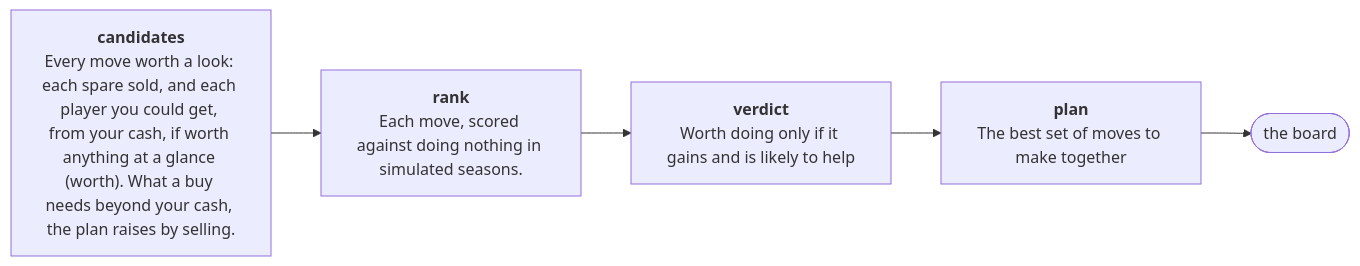
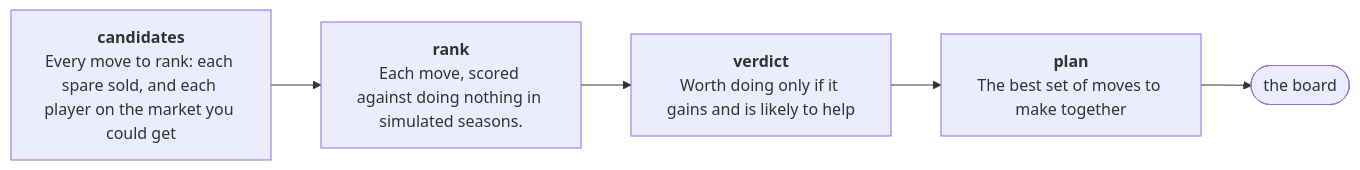
Before and after one commit to OrsM/liga_five_guys: the diagram in docs/funnel.mmd, drawn with Mermaid. The commit also changed 6 other files, not shown here.

First line of the commit message:
Rank every market buy: no at-a-glance filter beside the simulation

```diff
--- a/docs/funnel.mmd
+++ b/docs/funnel.mmd
@@ -1,9 +1,9 @@
 flowchart LR
-    s0["<b>candidates</b><br/>Every move worth a look: each spare sold, and each player you could get, from your cash, if worth anything at a glance (worth). What a buy needs beyond your cash, the plan raises by selling."]
+    s0["<b>candidates</b><br/>Every move to rank: each spare sold, and each player on the market you could get"]
     s1["<b>rank</b><br/>Each move, scored against doing nothing in simulated seasons."]
     s0 --> s1
     s2["<b>verdict</b><br/>Worth doing only if it gains and is likely to help"]
     s1 --> s2
     s3["<b>plan</b><br/>The best set of moves to make together"]
     s2 --> s3
     s3 --> board(["the board"])
```
